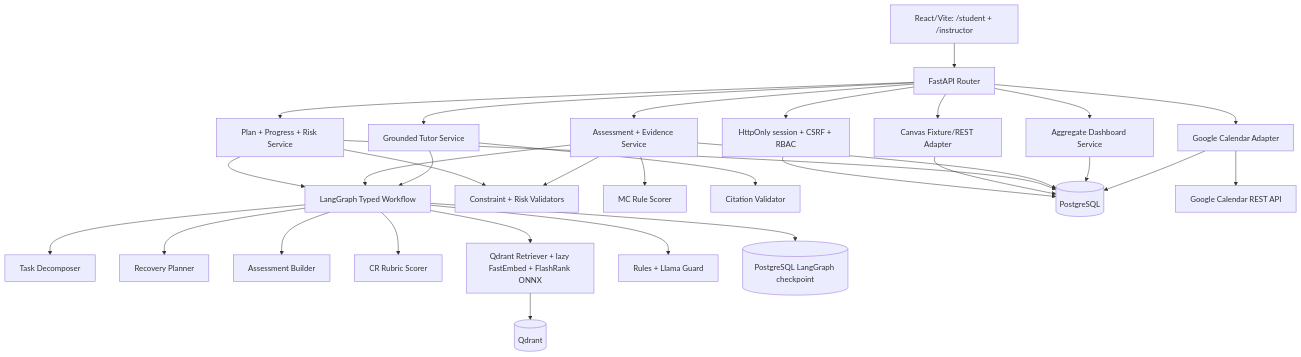
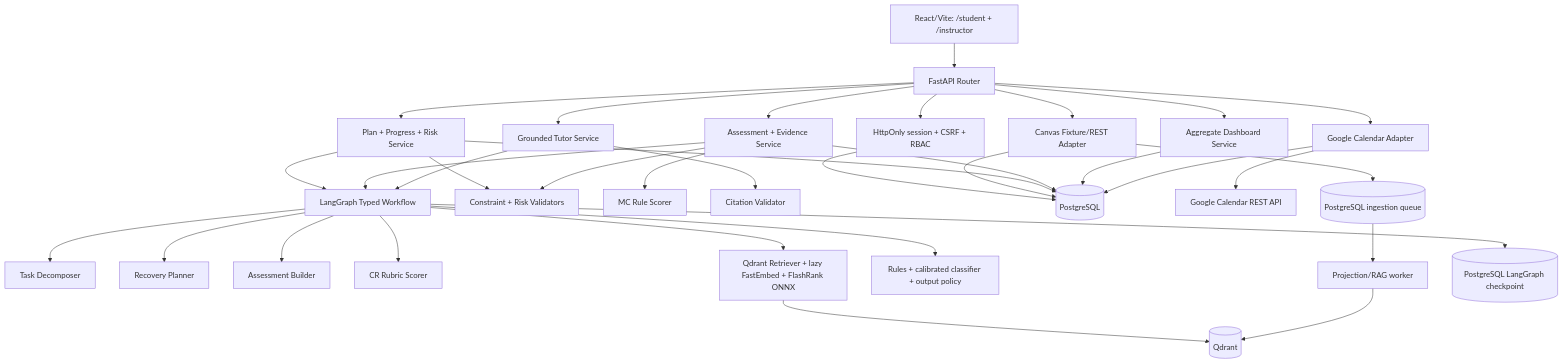
The second of 4 diagrams in docs/architecture_diagram.md (kchi24/K4_AI20K_2A202602797_ThanThiKimChi_Project), drawn with Mermaid before and after one commit. The commit also changed other lines of this file and 36 other files, not shown here.

````diff
--- a/docs/architecture_diagram.md
+++ b/docs/architecture_diagram.md
@@ -28,36 +30,39 @@
 ```mermaid
 flowchart TB
     UI[React/Vite: /student + /instructor] --> API[FastAPI Router]
     API --> Auth[HttpOnly session + CSRF + RBAC]
     API --> CanvasAdapter[Canvas Fixture/REST Adapter]
     API --> Plan[Plan + Progress + Risk Service]
     API --> Assess[Assessment + Evidence Service]
     API --> Tutor[Grounded Tutor Service]
     API --> Dashboard[Aggregate Dashboard Service]
     API --> Calendar[Google Calendar Adapter]
 
     Plan --> Graph[LangGraph Typed Workflow]
     Assess --> Graph
     Tutor --> Graph
     Graph --> Decompose[Task Decomposer]
     Graph --> Recover[Recovery Planner]
     Graph --> ItemBuilder[Assessment Builder]
     Graph --> RubricScorer[CR Rubric Scorer]
     Graph --> Retriever[Qdrant Retriever + lazy FastEmbed + FlashRank ONNX]
-    Graph --> Guardrail[Rules + Llama Guard]
+    Graph --> Guardrail[Rules + calibrated classifier + output policy]
 
     Plan --> Deterministic[Constraint + Risk Validators]
     Assess --> Deterministic
     Assess --> MC[MC Rule Scorer]
     Tutor --> Citation[Citation Validator]
 
     Auth --> DB[(PostgreSQL)]
     CanvasAdapter --> DB
     Plan --> DB
     Assess --> DB
     Dashboard --> DB
     Calendar --> DB
     Calendar --> GoogleAPI[Google Calendar REST API]
     Retriever --> Qdrant[(Qdrant)]
+    CanvasAdapter --> Queue[(PostgreSQL ingestion queue)]
+    Queue --> Worker[Projection/RAG worker]
+    Worker --> Qdrant
     Graph --> Checkpoint[(PostgreSQL LangGraph checkpoint)]
 ```
````
